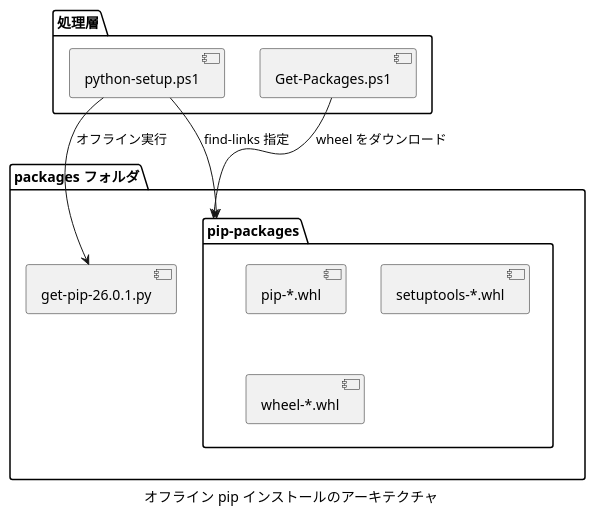
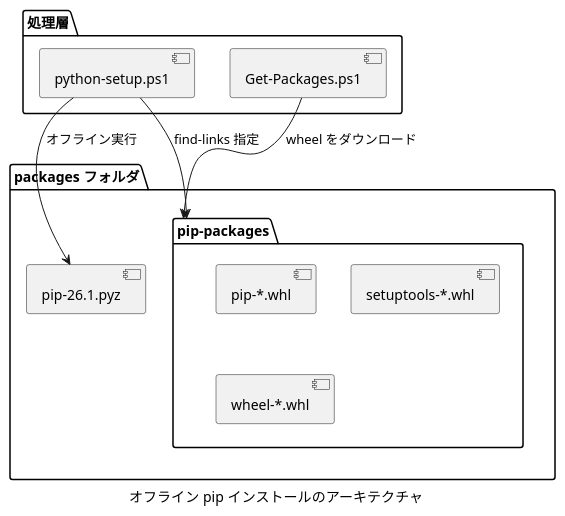
The second of 5 diagrams in docs-src/offline-pip-design.md (Hondarer/devbin-win), drawn with PlantUML before and after one commit. The commit also changed other lines of this file and 3 other files, not shown here.

````diff
--- a/docs-src/offline-pip-design.md
+++ b/docs-src/offline-pip-design.md
@@ -62,22 +62,22 @@
 ```plantuml
 @startuml オフライン pip インストールのアーキテクチャ
 caption オフライン pip インストールのアーキテクチャ
 package "packages フォルダ" {
-  [get-pip-26.0.1.py]
+  [pip-26.1.pyz]
   folder "pip-packages" {
     [pip-*.whl]
     [setuptools-*.whl]
     [wheel-*.whl]
   }
 }
 
 package "処理層" {
   [Get-Packages.ps1] as getpkg
   [python-setup.ps1] as pysetup
 }
 
 getpkg --> [pip-packages] : wheel をダウンロード
-pysetup --> [get-pip-26.0.1.py] : オフライン実行
+pysetup --> [pip-26.1.pyz] : オフライン実行
 pysetup --> [pip-packages] : find-links 指定
 @enduml
 ```
````
